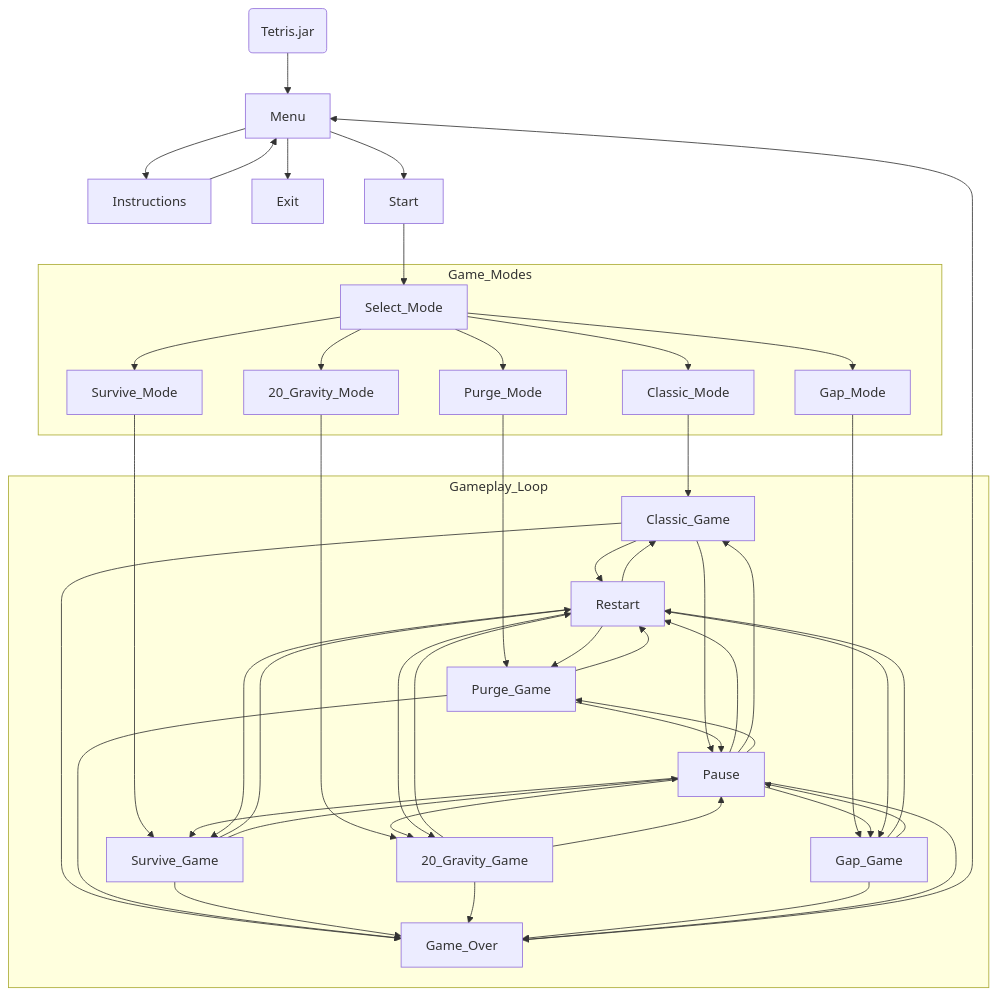
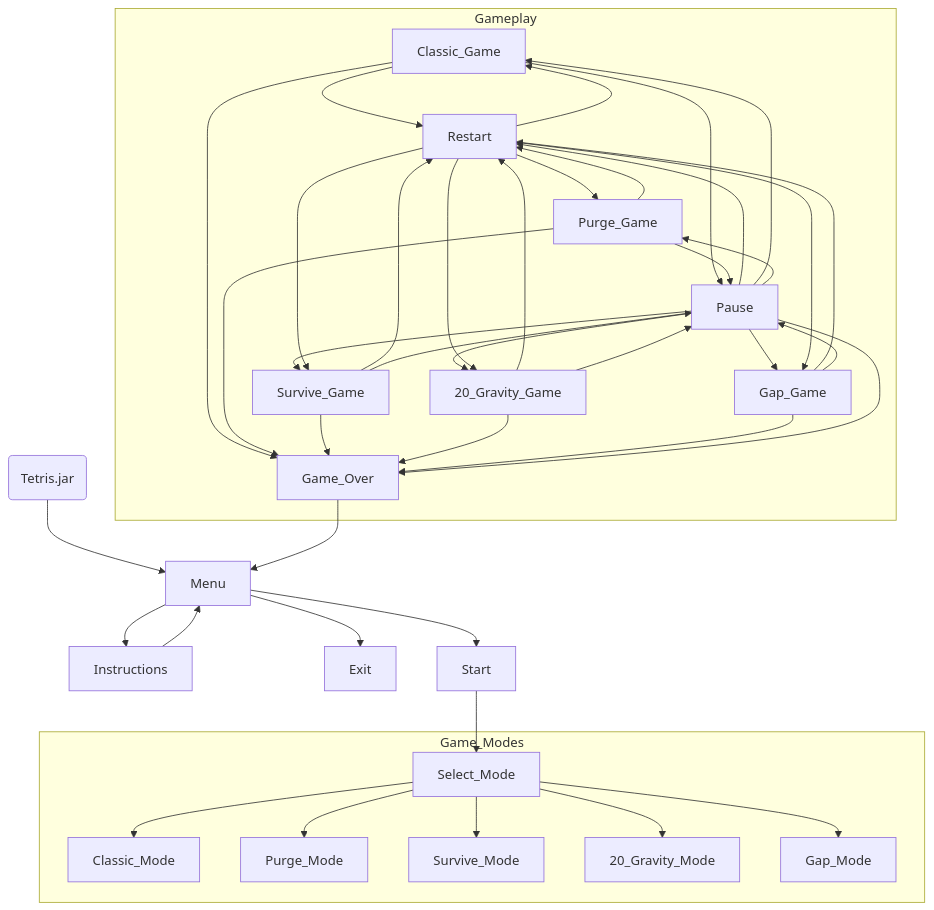
Before and after one commit to sheng-luen-chung/JAVA_11302_Project: the second of 3 diagrams in README.md, drawn with Mermaid.

````diff
--- a/README.md
+++ b/README.md
@@ -534,61 +534,55 @@
 ```mermaid
  flowchart TD
     Execute(Tetris.jar)
     Execute --> Menu
     Menu --> Instructions
     Menu --> Exit
     Instructions --> Menu
     Menu --> Start
 
     Start --> Select_Mode
 
     subgraph Game_Modes
         Select_Mode --> Classic_Mode
         Select_Mode --> Purge_Mode
         Select_Mode --> Survive_Mode
         Select_Mode --> 20_Gravity_Mode
         Select_Mode --> Gap_Mode
     end
 
-    subgraph Gameplay_Loop
-        Classic_Mode --> Classic_Game
-        Purge_Mode --> Purge_Game
-        Survive_Mode --> Survive_Game
-        20_Gravity_Mode --> 20_Gravity_Game
-        Gap_Mode --> Gap_Game
-
+    subgraph Gameplay
         Classic_Game --> Game_Over
         Purge_Game --> Game_Over
         Survive_Game --> Game_Over
         20_Gravity_Game --> Game_Over
         Gap_Game --> Game_Over
 
         Classic_Game --> Restart
         Purge_Game --> Restart
         Survive_Game --> Restart
         20_Gravity_Game --> Restart
         Gap_Game --> Restart
 
         Classic_Game --> Pause
         Purge_Game --> Pause
         Survive_Game --> Pause
         20_Gravity_Game --> Pause
         Gap_Game --> Pause
     end
 
-    Pause --> Game_Over
-    Pause --> Restart
-    Pause --> Classic_Game 
-    Pause --> Purge_Game
-    Pause --> Survive_Game
-    Pause --> 20_Gravity_Game
-    Pause --> Gap_Game 
+        Pause --> Game_Over
+        Pause --> Restart
+        Pause --> Classic_Game 
+        Pause --> Purge_Game
+        Pause --> Survive_Game
+        Pause --> 20_Gravity_Game
+        Pause --> Gap_Game
 
     Game_Over --> Menu
 
     Restart --> Classic_Game 
     Restart --> Purge_Game
     Restart --> Survive_Game
     Restart --> 20_Gravity_Game
     Restart --> Gap_Game
 ```
````
